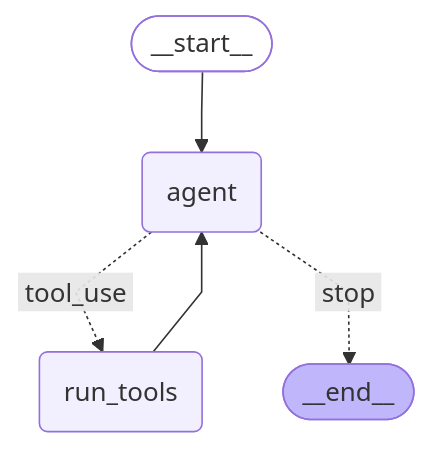
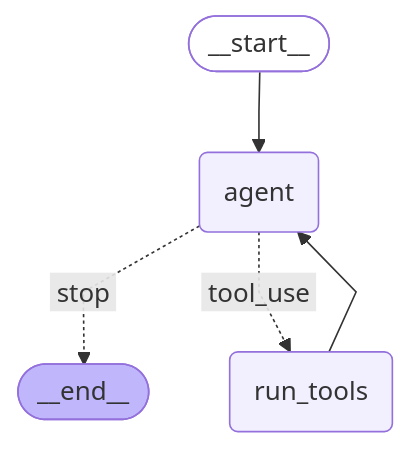
One commit to flyisland/ai-gateway changed the fourth of 5 diagrams in docs/duo_workflow_service_graphs.md. Above: the diagram before and after it, drawn with Mermaid. The commit also changed other lines of this file and 2 other files, not shown here.

````diff
--- a/docs/duo_workflow_service_graphs.md
+++ b/docs/duo_workflow_service_graphs.md
@@ -170,19 +170,19 @@
 ```mermaid
 ---
 config:
   flowchart:
     curve: linear
 ---
 graph TD;
     __start__([<p>__start__</p>]):::first
     agent(agent)
     run_tools(run_tools)
     __end__([<p>__end__</p>]):::last
     __start__ --> agent;
+    agent -. &nbsp;stop&nbsp; .-> __end__;
+    agent -. &nbsp;tool_use&nbsp; .-> run_tools;
     run_tools --> agent;
-    agent -. &nbsp;tool_use&nbsp; .-> run_tools;
-    agent -. &nbsp;stop&nbsp; .-> __end__;
     classDef default fill:#f2f0ff,line-height:1.2
     classDef first fill-opacity:0
     classDef last fill:#bfb6fc
 ```
````
